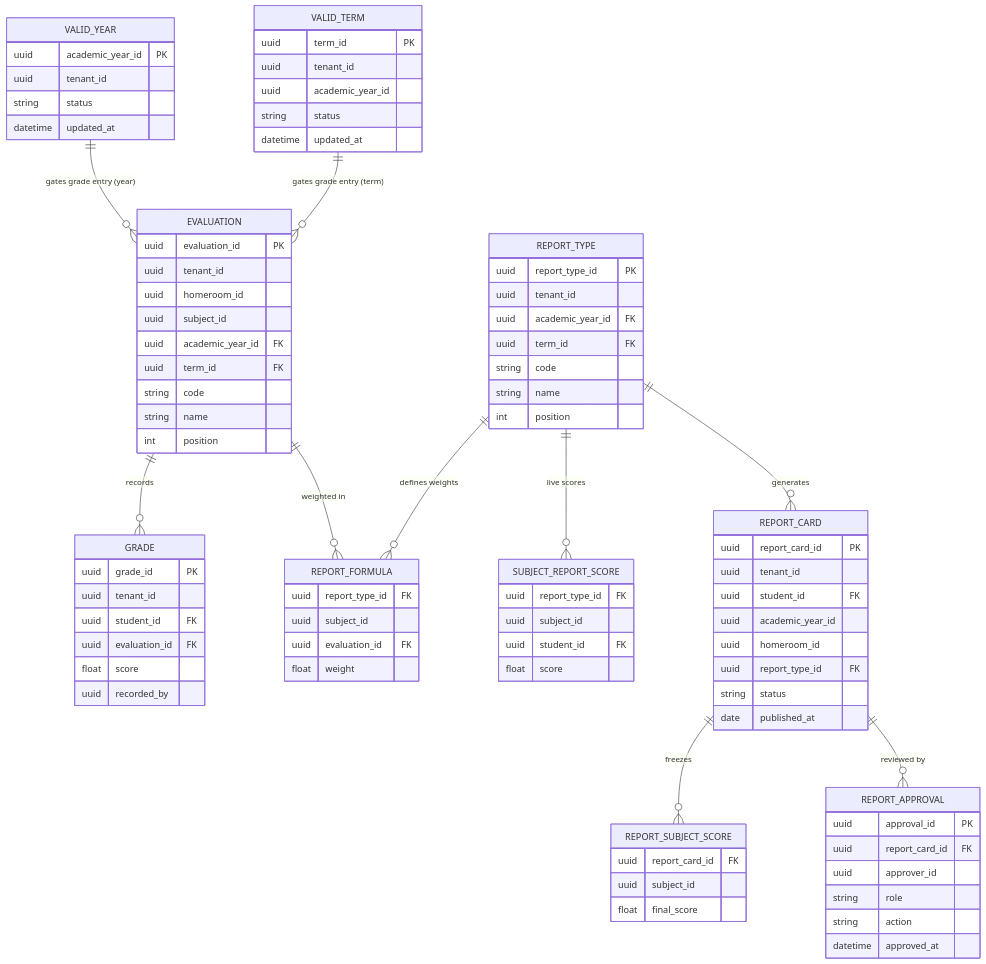
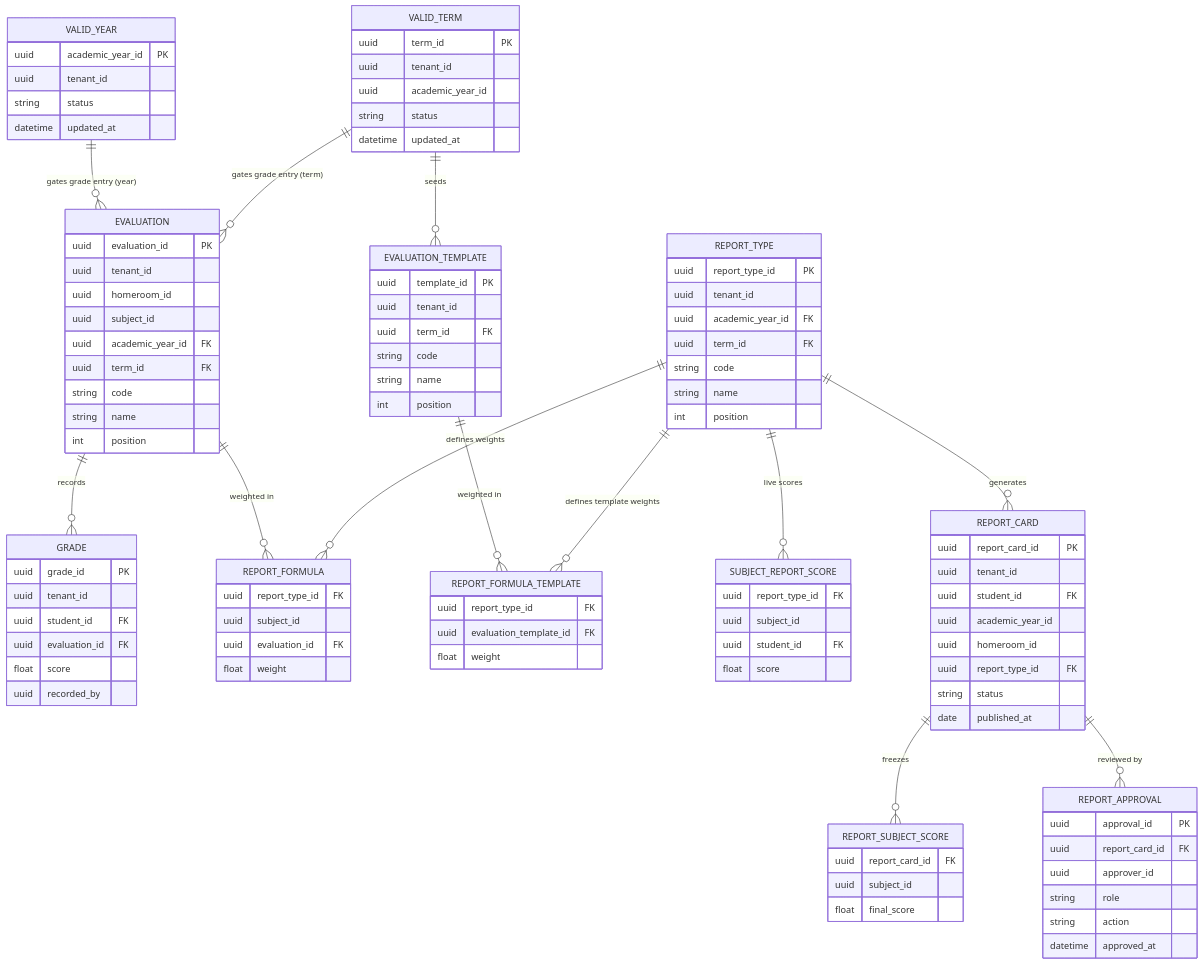
The diagram in docs/internal/10_data_design/06_Grading_Service_ERD.md (protocyber/akademiq), drawn with Mermaid before and after one commit. The commit also changed other lines of this file and 29 other files, not shown here.

```diff
--- a/docs/internal/10_data_design/06_Grading_Service_ERD.md
+++ b/docs/internal/10_data_design/06_Grading_Service_ERD.md
@@ -55,6 +55,21 @@
   float weight
 }
 
+EVALUATION_TEMPLATE {
+  uuid template_id PK
+  uuid tenant_id
+  uuid term_id FK
+  string code
+  string name
+  int position
+}
+
+REPORT_FORMULA_TEMPLATE {
+  uuid report_type_id FK
+  uuid evaluation_template_id FK
+  float weight
+}
+
 SUBJECT_REPORT_SCORE {
   uuid report_type_id FK
   uuid subject_id
@@ -90,9 +105,12 @@
 
 VALID_YEAR ||--o{ EVALUATION : "gates grade entry (year)"
 VALID_TERM ||--o{ EVALUATION : "gates grade entry (term)"
+VALID_TERM ||--o{ EVALUATION_TEMPLATE : "seeds"
 EVALUATION ||--o{ GRADE : "records"
 EVALUATION ||--o{ REPORT_FORMULA : "weighted in"
+EVALUATION_TEMPLATE ||--o{ REPORT_FORMULA_TEMPLATE : "weighted in"
 REPORT_TYPE ||--o{ REPORT_FORMULA : "defines weights"
+REPORT_TYPE ||--o{ REPORT_FORMULA_TEMPLATE : "defines template weights"
 REPORT_TYPE ||--o{ SUBJECT_REPORT_SCORE : "live scores"
 REPORT_TYPE ||--o{ REPORT_CARD : "generates"
 REPORT_CARD ||--o{ REPORT_SUBJECT_SCORE : "freezes"
```
